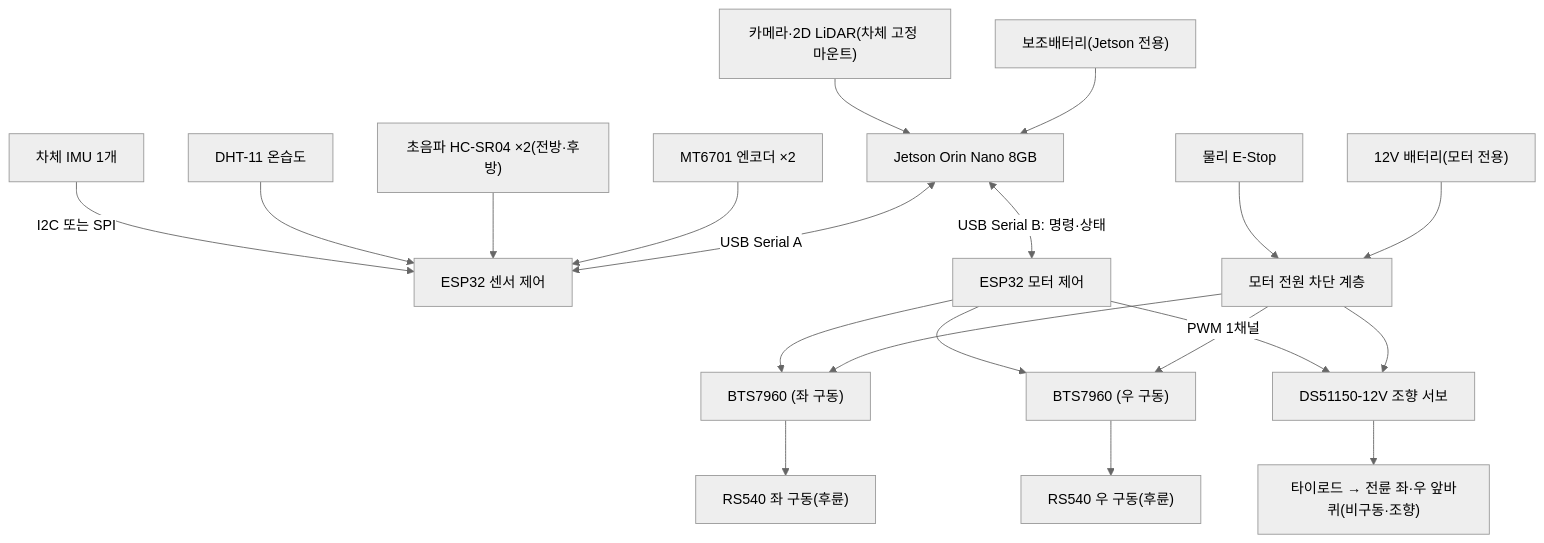
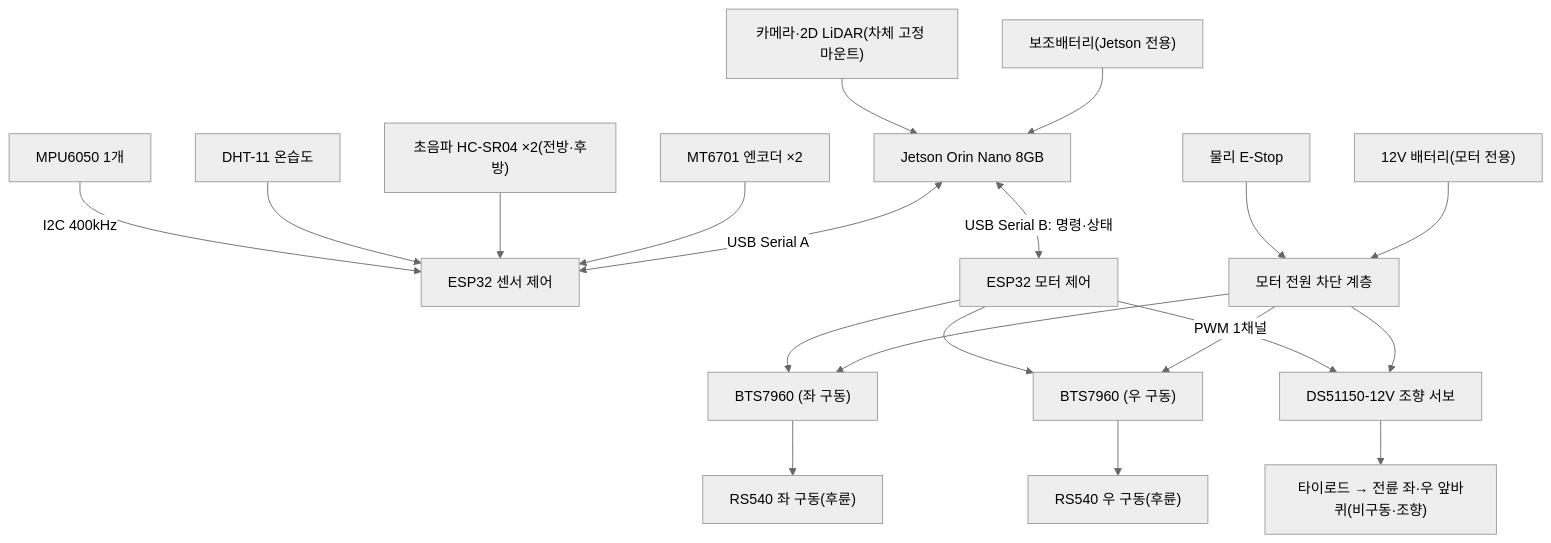
One commit to Common-AIOT/Sentinel-UGV changed the diagram in docs/02-하드웨어.md. Above: the diagram before and after it, drawn with Mermaid (neutral theme). The commit also changed other lines of this file and 36 other files, not shown here.

````diff
--- a/docs/02-하드웨어.md
+++ b/docs/02-하드웨어.md
@@ -118,22 +118,22 @@
 ```mermaid
 flowchart TB
     sensors["카메라·2D LiDAR(차체 고정 마운트)"] --> jetson["Jetson Orin Nano 8GB"]
-    imu["차체 IMU 1개"] -->|"I2C 또는 SPI"| esp32s
+    imu["MPU6050 1개"] -->|"I2C 400kHz"| esp32s
     environment["DHT-11 온습도"] --> esp32s["ESP32 센서 제어"]
     ultrasonic["초음파 HC-SR04 ×2(전방·후방)"] --> esp32s
     encoders["MT6701 엔코더 ×2"] --> esp32s
     jetson <-->|"USB Serial A"| esp32s
     jetson <-->|"USB Serial B: 명령·상태"| esp32m["ESP32 모터 제어"]
     esp32m --> driverL["BTS7960 (좌 구동)"]
     esp32m --> driverR["BTS7960 (우 구동)"]
     esp32m -->|"PWM 1채널"| servo["DS51150-12V 조향 서보"]
     driverL --> motorL["RS540 좌 구동(후륜)"]
     driverR --> motorR["RS540 우 구동(후륜)"]
     servo --> tierod["타이로드 → 전륜 좌·우 앞바퀴(비구동·조향)"]
     estop["물리 E-Stop"] --> power["모터 전원 차단 계층"]
     power --> driverL
     power --> driverR
     power --> servo
     battM["12V 배터리(모터 전용)"] --> power
     battJ["보조배터리(Jetson 전용)"] --> jetson
 ```
````
